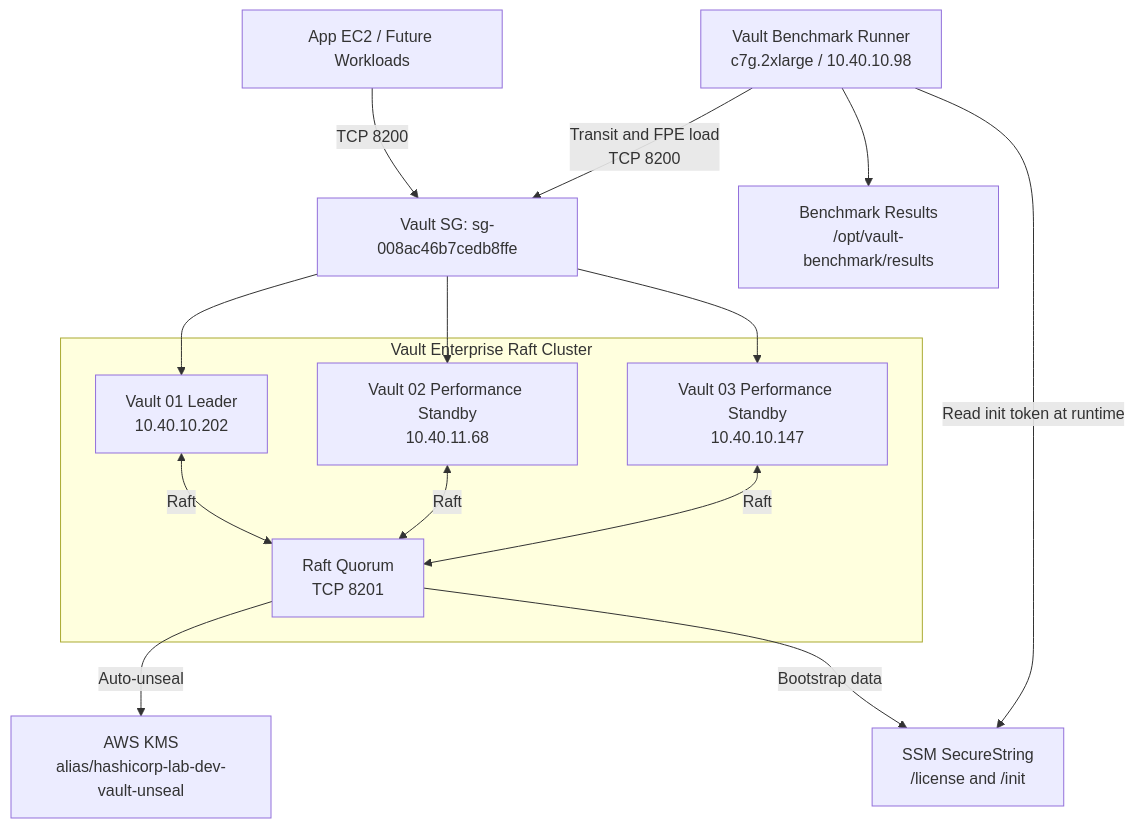
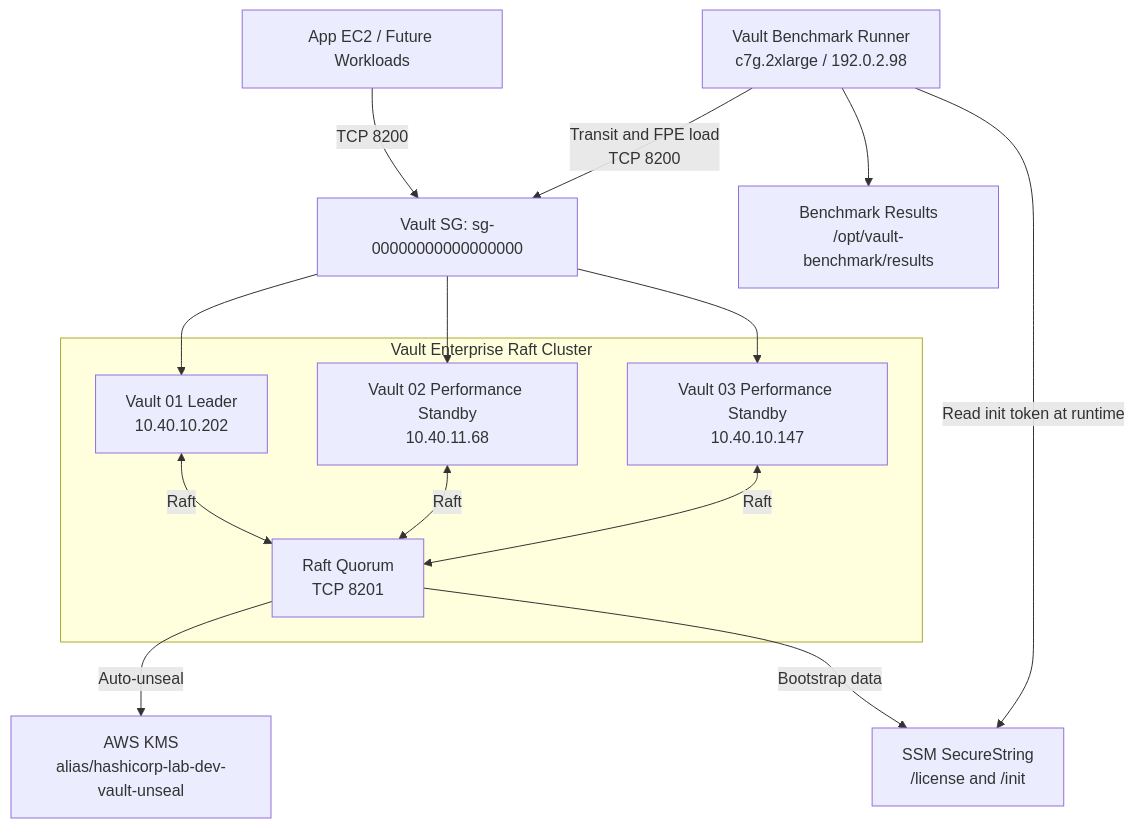
One commit to Byeongwook-Heo/Hashicorp- changed the third of 6 diagrams in docs/architecture.md. Above: the diagram before and after it, drawn with Mermaid. The commit also changed other lines of this file and 20 other files, not shown here.

````diff
--- a/docs/architecture.md
+++ b/docs/architecture.md
@@ -114,32 +116,32 @@
 ```mermaid
 flowchart TB
   APP["App EC2 / Future Workloads"]
-  BENCH["Vault Benchmark Runner\nc7g.2xlarge / 10.40.10.98"]
-  VAULTSG["Vault SG: sg-008ac46b7cedb8ffe"]
+  BENCH["Vault Benchmark Runner\nc7g.2xlarge / 192.0.2.98"]
+  VAULTSG["Vault SG: sg-00000000000000000"]
 
   subgraph CLUSTER["Vault Enterprise Raft Cluster"]
     V1["Vault 01 Leader\n10.40.10.202"]
     Q["Raft Quorum\nTCP 8201"]
     V2["Vault 02 Performance Standby\n10.40.11.68"]
     V3["Vault 03 Performance Standby\n10.40.10.147"]
   end
 
   KMS["AWS KMS\nalias/hashicorp-lab-dev-vault-unseal"]
   SSM["SSM SecureString\n/license and /init"]
   RESULT["Benchmark Results\n/opt/vault-benchmark/results"]
 
   APP -->|"TCP 8200"| VAULTSG
   BENCH -->|"Transit and FPE load\nTCP 8200"| VAULTSG
   VAULTSG --> V1
   VAULTSG --> V2
   VAULTSG --> V3
 
   V1 <-->|"Raft"| Q
   V2 <-->|"Raft"| Q
   V3 <-->|"Raft"| Q
 
   Q -->|"Auto-unseal"| KMS
   Q -->|"Bootstrap data"| SSM
   BENCH -->|"Read init token at runtime"| SSM
   BENCH --> RESULT
 ```
````
